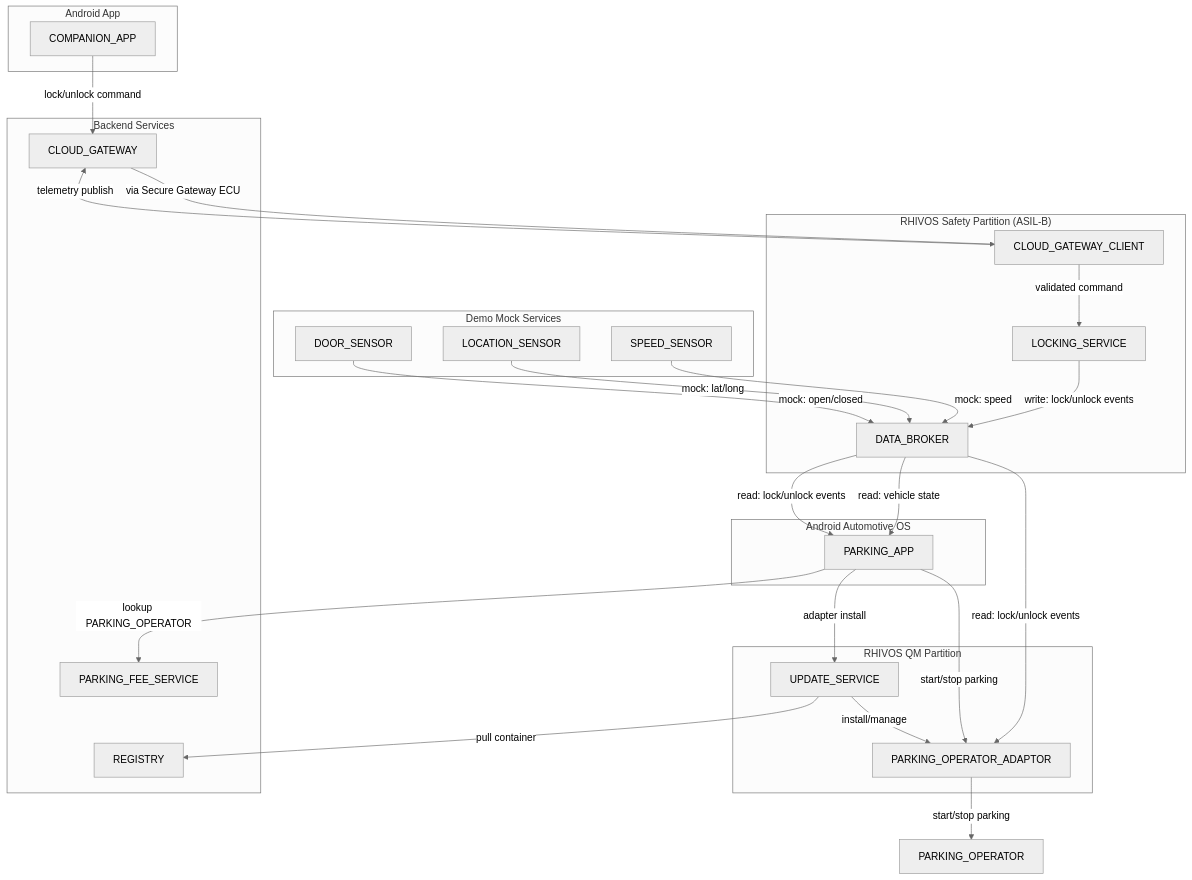
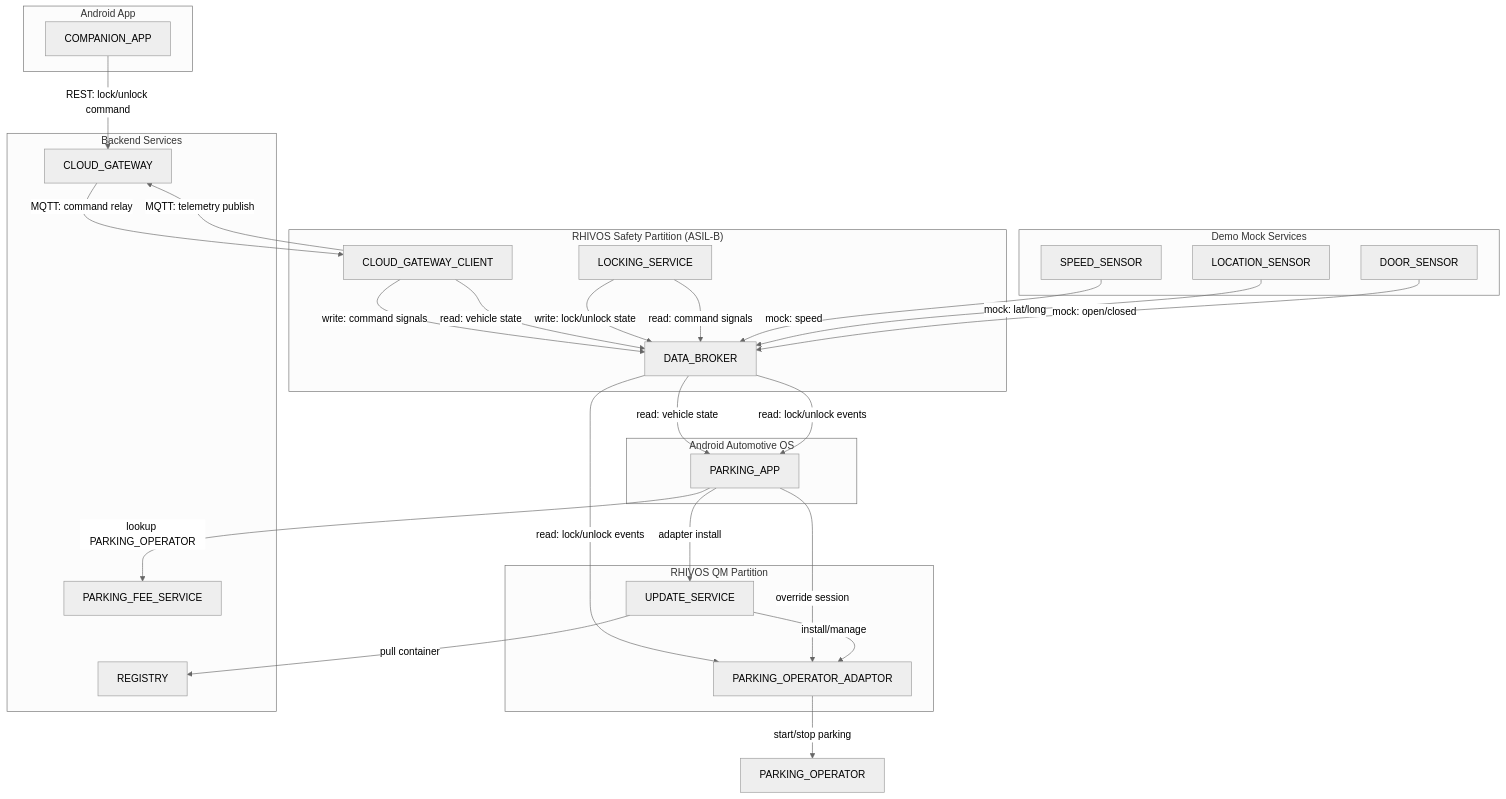
Before and after one commit to rhadp/parking-fee-service: the second of 2 diagrams in .specs/prd.md, drawn with Mermaid (neutral theme). The commit also changed other lines of this file and 5 other files, not shown here.

````diff
--- a/.specs/prd.md
+++ b/.specs/prd.md
@@ -243,59 +291,61 @@
 ```mermaid
 flowchart TD
 subgraph AAOS["Android Automotive OS"]
 	ParkingApp["PARKING_APP"]
 end
 
 subgraph Android["Android App"]
 	CompanionApp["COMPANION_APP"]
 end
 
 subgraph RHIVOS_Safety["RHIVOS Safety Partition (ASIL-B)"]
   LockingService["LOCKING_SERVICE"]
   DataBroker["DATA_BROKER"]
   CloudGatewayClient["CLOUD_GATEWAY_CLIENT"]
 end
 
 subgraph RHIVOS_QM["RHIVOS QM Partition"]
   Adaptor["PARKING_OPERATOR_ADAPTOR"]
   UpdateService["UPDATE_SERVICE"]
 end
 
 subgraph Cloud["Backend Services"]
   ParkingFeeService["PARKING_FEE_SERVICE"]
   Registry["REGISTRY"]
   CloudGateway["CLOUD_GATEWAY"]
 end
 
 subgraph MockServices["Demo Mock Services"]
   LocationSensor["LOCATION_SENSOR"]
   SpeedSensor["SPEED_SENSOR"]
   DoorSensor["DOOR_SENSOR"]
 end
 
-CompanionApp -->|"lock/unlock command"| CloudGateway
-CloudGateway -->|"via Secure Gateway ECU"| CloudGatewayClient
+CompanionApp -->|"REST: lock/unlock command"| CloudGateway
+CloudGateway -->|"MQTT: command relay"| CloudGatewayClient
 
-CloudGatewayClient -->|"validated command"| LockingService
-CloudGatewayClient -->|"telemetry publish"| CloudGateway
+CloudGatewayClient -->|"write: command signals"| DataBroker
+CloudGatewayClient -->|"read: vehicle state"| DataBroker
+CloudGatewayClient -->|"MQTT: telemetry publish"| CloudGateway
 
-LockingService -->|"write: lock/unlock events"| DataBroker
+LockingService -->|"write: lock/unlock state"| DataBroker
+LockingService -->|"read: command signals"| DataBroker
 
 DataBroker -->|"read: vehicle state"| ParkingApp
 DataBroker -->|"read: lock/unlock events"| ParkingApp
 DataBroker -->|"read: lock/unlock events"| Adaptor
 
 ParkingApp -->|"lookup PARKING_OPERATOR"| ParkingFeeService
 ParkingApp -->|"adapter install"| UpdateService
-ParkingApp -->|"start/stop parking"| Adaptor
+ParkingApp -->|"override session"| Adaptor
 
 UpdateService -->|"pull container"| Registry
 UpdateService -->|"install/manage"| Adaptor
 
 Adaptor -->|"start/stop parking"| PARKING_OPERATOR["PARKING_OPERATOR"]
 
 SpeedSensor --> |"mock: speed"| DataBroker
 LocationSensor --> |"mock: lat/long"| DataBroker
 DoorSensor --> |"mock: open/closed"| DataBroker
 
 ```
````
